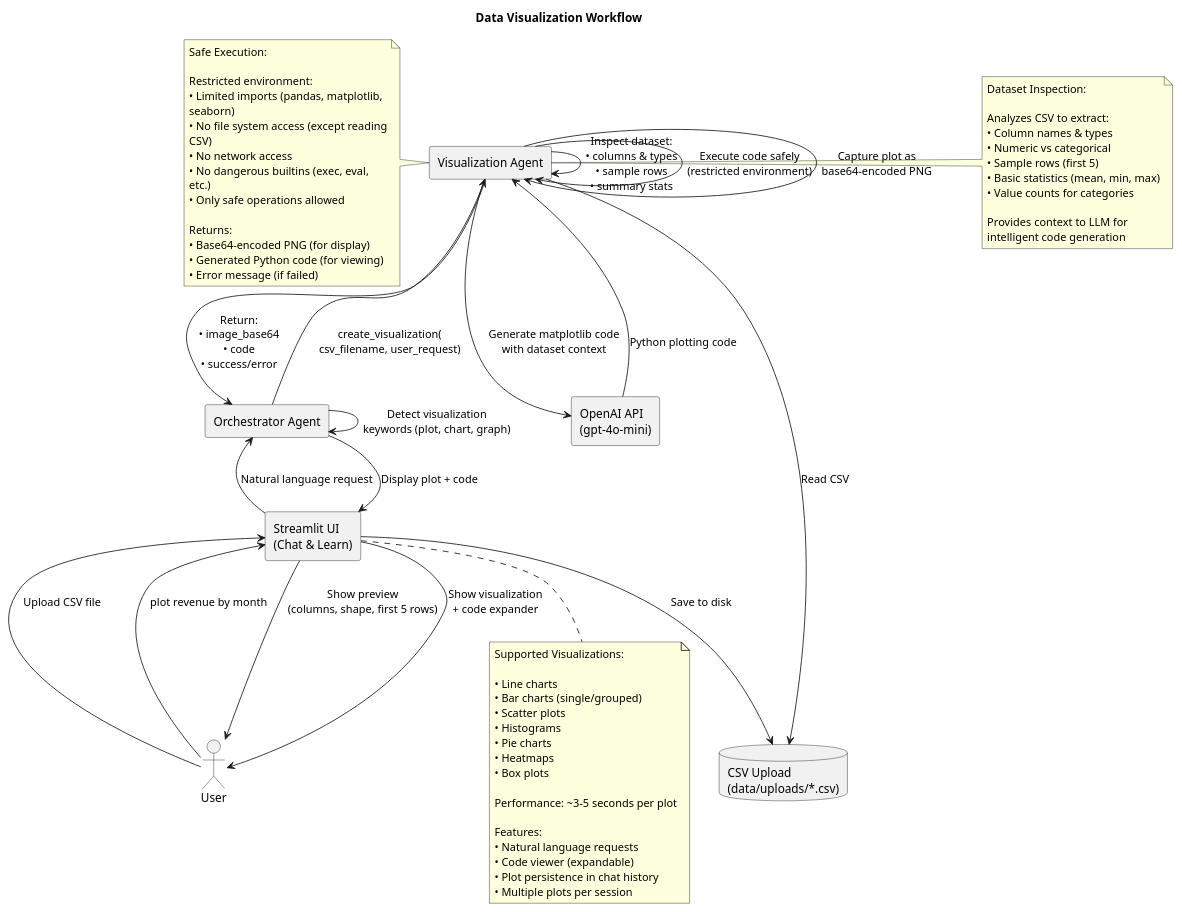
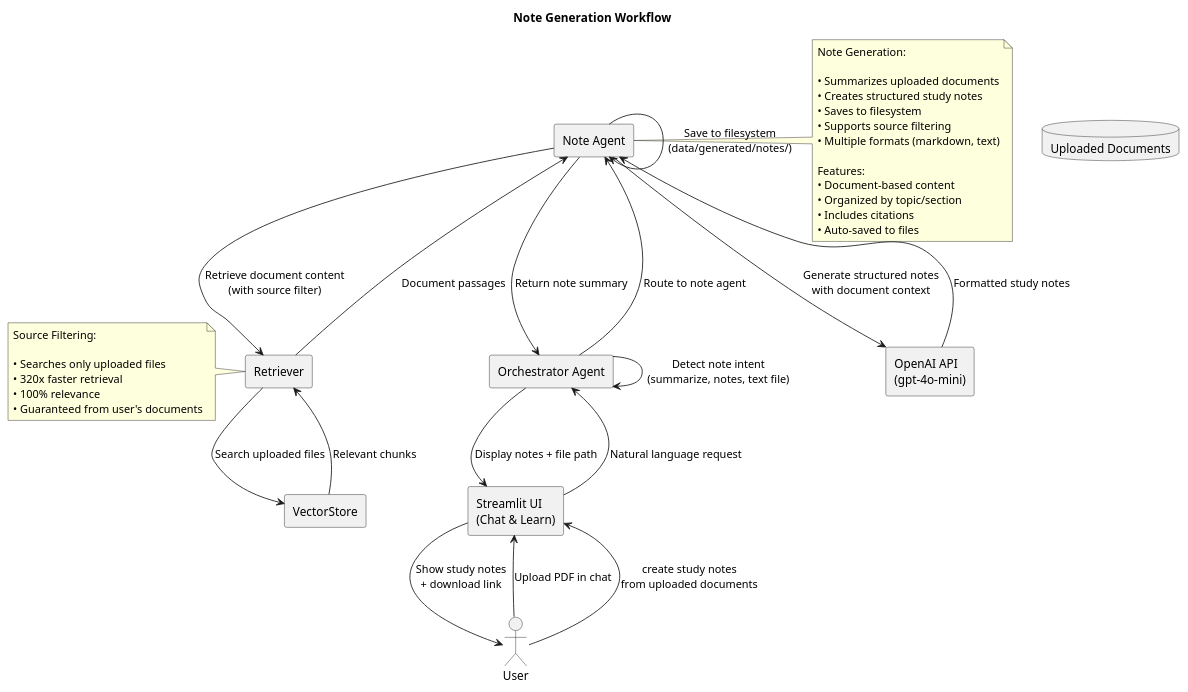
One commit to HenryNVP/ai-tutor changed the fourth of 5 diagrams in docs/components.puml. Above: the diagram before and after it, drawn with PlantUML. The commit also changed other lines of this file and 31 other files, not shown here.

```diff
--- a/docs/components.puml
+++ b/docs/components.puml
@@ -266,85 +271,60 @@
 @startuml
 skinparam componentStyle rectangle
 skinparam wrapWidth 240
-title Data Visualization Workflow
+title Note Generation Workflow
 
 actor User
 component "Streamlit UI\n(Chat & Learn)" as UI
 component "Orchestrator Agent" as Orchestrator
-component "Visualization Agent" as VizAgent
+component "Note Agent" as NoteAgent
+component "Retriever" as Retriever
+component "VectorStore" as VectorStore
 component "OpenAI API\n(gpt-4o-mini)" as OpenAI
-database "CSV Upload\n(data/uploads/*.csv)" as CSVFile
+database "Uploaded Documents" as Docs
 
-User --> UI : Upload CSV file
-UI --> CSVFile : Save to disk
-UI --> User : Show preview\n(columns, shape, first 5 rows)
+User --> UI : Upload PDF in chat
+User --> UI : "create study notes\nfrom uploaded documents"
 
-User --> UI : "plot revenue by month"
 UI --> Orchestrator : Natural language request
-Orchestrator --> Orchestrator : Detect visualization\nkeywords (plot, chart, graph)
-Orchestrator --> VizAgent : create_visualization(\ncsv_filename, user_request)
+Orchestrator --> Orchestrator : Detect note intent\n(summarize, notes, text file)
+Orchestrator --> NoteAgent : Route to note agent
 
-VizAgent --> CSVFile : Read CSV
-VizAgent --> VizAgent : Inspect dataset:\n• columns & types\n• sample rows\n• summary stats
+NoteAgent --> Retriever : Retrieve document content\n(with source filter)
+Retriever --> VectorStore : Search uploaded files
+VectorStore --> Retriever : Relevant chunks
+Retriever --> NoteAgent : Document passages
 
-VizAgent --> OpenAI : Generate matplotlib code\nwith dataset context
-OpenAI --> VizAgent : Python plotting code
+NoteAgent --> OpenAI : Generate structured notes\nwith document context
+OpenAI --> NoteAgent : Formatted study notes
 
-VizAgent --> VizAgent : Execute code safely\n(restricted environment)
-VizAgent --> VizAgent : Capture plot as\nbase64-encoded PNG
+NoteAgent --> NoteAgent : Save to filesystem\n(data/generated/notes/)
+NoteAgent --> Orchestrator : Return note summary
+Orchestrator --> UI : Display notes + file path
+UI --> User : Show study notes\n+ download link
 
-VizAgent --> Orchestrator : Return:\n• image_base64\n• code\n• success/error
-Orchestrator --> UI : Display plot + code
-UI --> User : Show visualization\n+ code expander
-
-note right of VizAgent
-  Dataset Inspection:
+note right of NoteAgent
+  Note Generation:
   
-  Analyzes CSV to extract:
-  • Column names & types
-  • Numeric vs categorical
-  • Sample rows (first 5)
-  • Basic statistics (mean, min, max)
-  • Value counts for categories
+  • Summarizes uploaded documents
+  • Creates structured study notes
+  • Saves to filesystem
+  • Supports source filtering
+  • Multiple formats (markdown, text)
   
-  Provides context to LLM for
-  intelligent code generation
+  Features:
+  • Document-based content
+  • Organized by topic/section
+  • Includes citations
+  • Auto-saved to files
 end note
 
-note left of VizAgent
-  Safe Execution:
+note left of Retriever
+  Source Filtering:
   
-  Restricted environment:
-  • Limited imports (pandas, matplotlib, seaborn)
-  • No file system access (except reading CSV)
-  • No network access
-  • No dangerous builtins (exec, eval, etc.)
-  • Only safe operations allowed
-  
-  Returns:
-  • Base64-encoded PNG (for display)
-  • Generated Python code (for viewing)
-  • Error message (if failed)
-end note
-
-note bottom of UI
-  Supported Visualizations:
-  
-  • Line charts
-  • Bar charts (single/grouped)
-  • Scatter plots
-  • Histograms
-  • Pie charts
-  • Heatmaps
-  • Box plots
-  
-  Performance: ~3-5 seconds per plot
-  
-  Features:
-  • Natural language requests
-  • Code viewer (expandable)
-  • Plot persistence in chat history
-  • Multiple plots per session
+  • Searches only uploaded files
+  • 320x faster retrieval
+  • 100% relevance
+  • Guaranteed from user's documents
 end note
 
 @enduml
```
